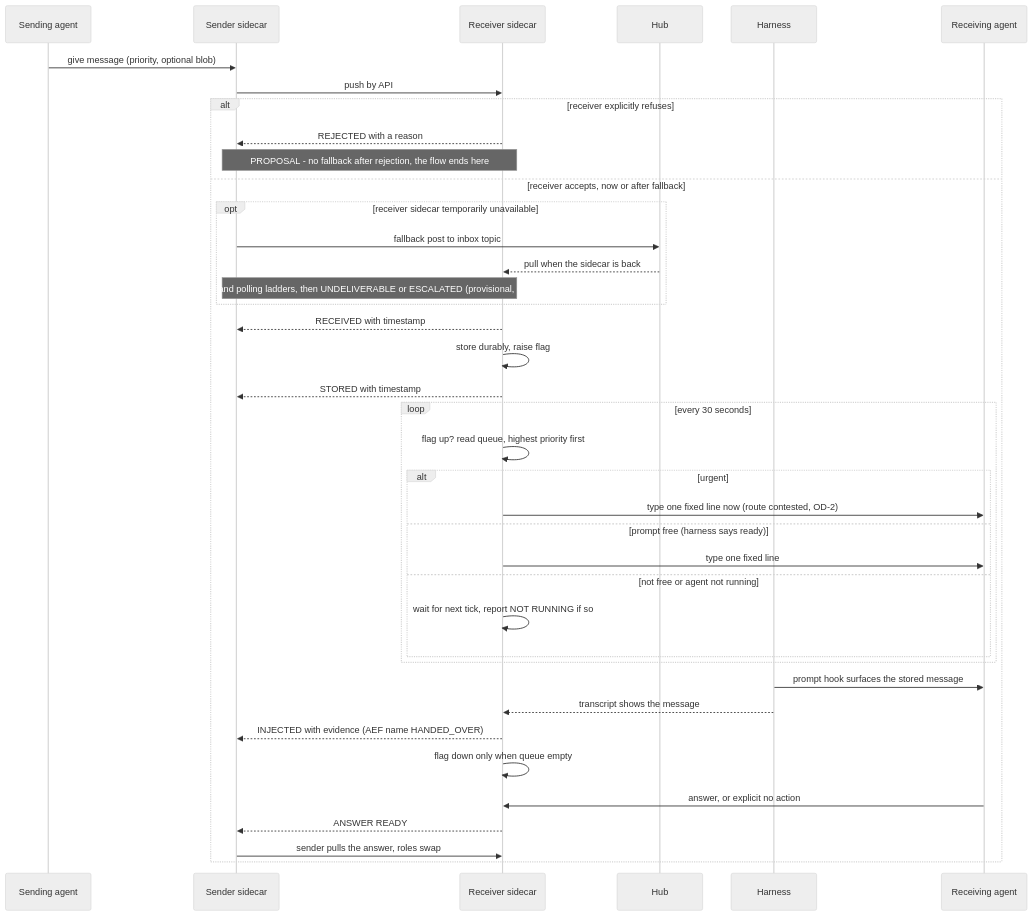
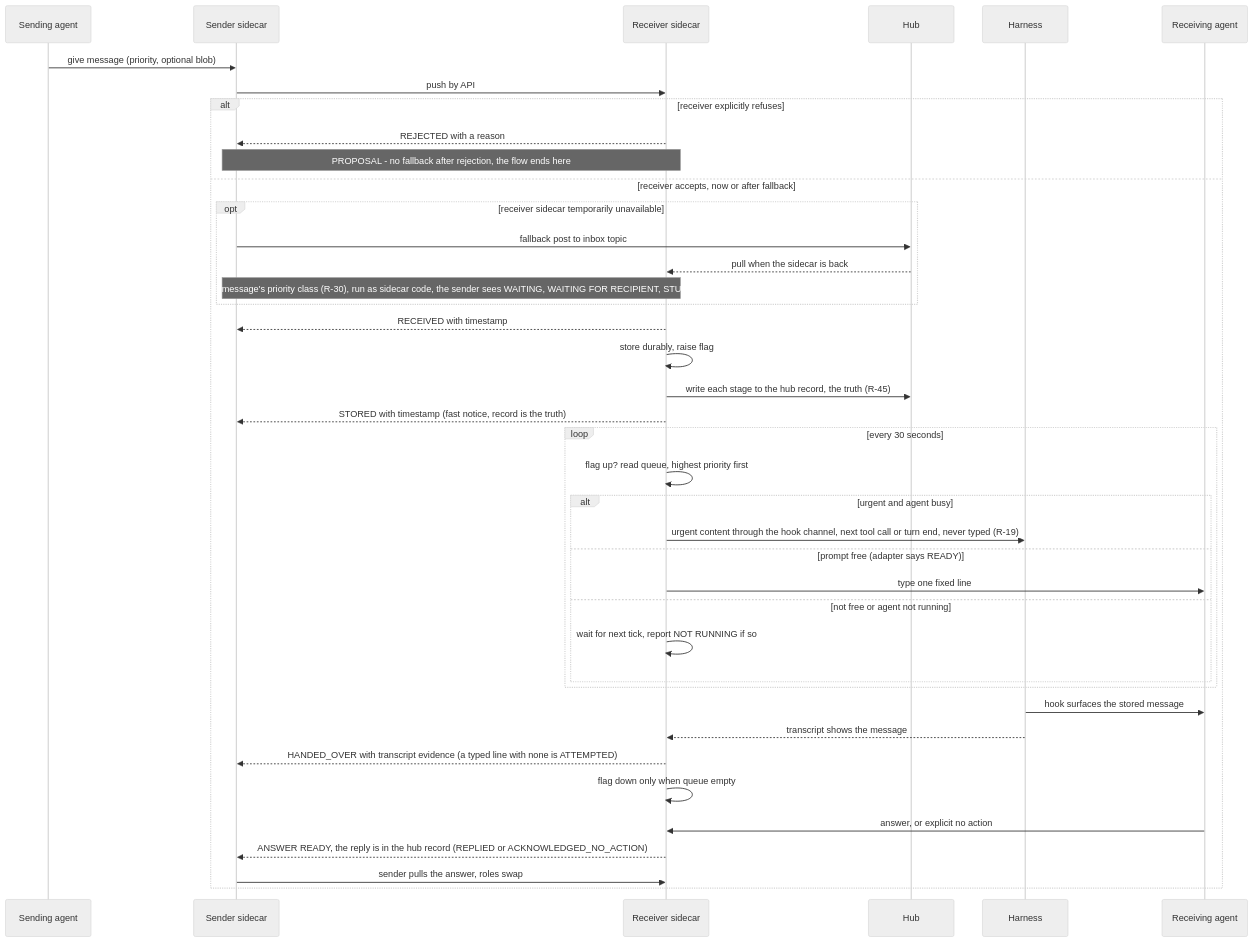
The second of 3 diagrams in docs/design/interactive-agent-communication-01-requirements.md (DimitriGeelen/termlink), drawn with Mermaid (neutral theme) before and after one commit. The commit also changed other lines of this file and 1 other file, not shown here.

Commit message:
T-3348: fold the operator's step-1 rulings into the requirements as v0.4 (OD-1..OD-18 ruled, R-44..R-71 new, ADV-8..10, two ladders, incident evidence) + role-handback/1

````diff
--- a/docs/design/interactive-agent-communication-01-requirements.md
+++ b/docs/design/interactive-agent-communication-01-requirements.md
@@ -136,41 +148,42 @@
 ```mermaid
 sequenceDiagram
   participant SND as Sending agent
   participant SS as Sender sidecar
   participant RS as Receiver sidecar
   participant HUB as Hub
   participant HRN as Harness
   participant RCV as Receiving agent
   SND->>SS: give message (priority, optional blob)
   SS->>RS: push by API
   alt receiver explicitly refuses
     RS-->>SS: REJECTED with a reason
     Note over SS,RS: PROPOSAL - no fallback after rejection, the flow ends here
   else receiver accepts, now or after fallback
     opt receiver sidecar temporarily unavailable
       SS->>HUB: fallback post to inbox topic
       HUB-->>RS: pull when the sidecar is back
-      Note over SS,RS: retry and polling ladders, then UNDELIVERABLE or ESCALATED (provisional, OD-3)
+      Note over SS,RS: re-send and polling ladder of the message's priority class (R-30), run as sidecar code, the sender sees WAITING, WAITING FOR RECIPIENT, STUCK, UNKNOWN or DEAD (R-44)
     end
     RS-->>SS: RECEIVED with timestamp
     RS->>RS: store durably, raise flag
-    RS-->>SS: STORED with timestamp
+    RS->>HUB: write each stage to the hub record, the truth (R-45)
+    RS-->>SS: STORED with timestamp (fast notice, record is the truth)
     loop every 30 seconds
       RS->>RS: flag up? read queue, highest priority first
-      alt urgent
-        RS->>RCV: type one fixed line now (route contested, OD-2)
-      else prompt free (harness says ready)
+      alt urgent and agent busy
+        RS->>HRN: urgent content through the hook channel, next tool call or turn end, never typed (R-19)
+      else prompt free (adapter says READY)
         RS->>RCV: type one fixed line
       else not free or agent not running
         RS->>RS: wait for next tick, report NOT RUNNING if so
       end
     end
-    HRN->>RCV: prompt hook surfaces the stored message
+    HRN->>RCV: hook surfaces the stored message
     HRN-->>RS: transcript shows the message
-    RS-->>SS: INJECTED with evidence (AEF name HANDED_OVER)
+    RS-->>SS: HANDED_OVER with transcript evidence (a typed line with none is ATTEMPTED)
     RS->>RS: flag down only when queue empty
     RCV->>RS: answer, or explicit no action
-    RS-->>SS: ANSWER READY
+    RS-->>SS: ANSWER READY, the reply is in the hub record (REPLIED or ACKNOWLEDGED_NO_ACTION)
     SS->>RS: sender pulls the answer, roles swap
   end
 ```
````
